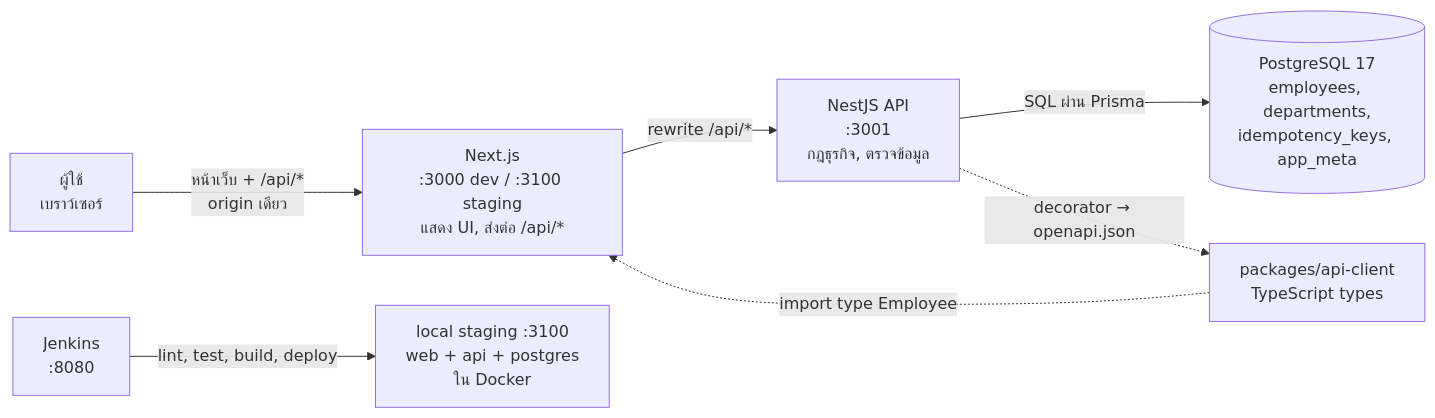
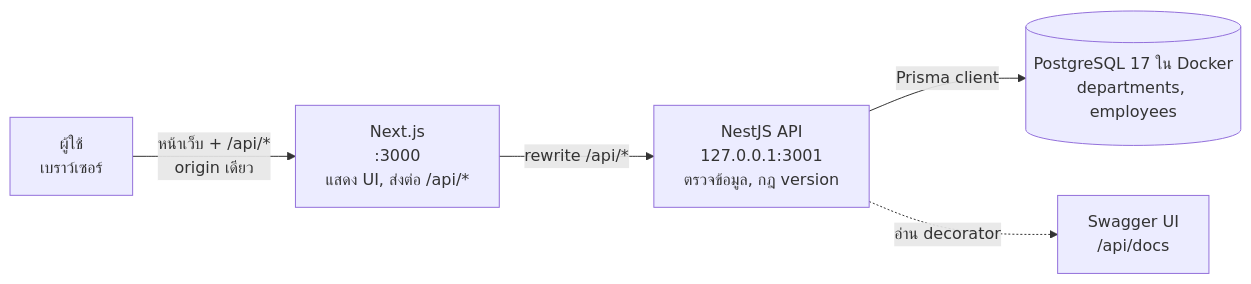
Before and after one commit to sittipong-hemloun/helius-tech-test: the first of 3 diagrams in docs/learn/01-big-picture.md, drawn with Mermaid. The commit also changed other lines of this file and 180 other files, not shown here.

First line of the commit message:
refactor: simplify to plain NestJS + Next.js employee console

````diff
--- a/docs/learn/01-big-picture.md
+++ b/docs/learn/01-big-picture.md
@@ -27,9 +25,7 @@
 ```mermaid
 flowchart LR
-    U["ผู้ใช้<br/>เบราว์เซอร์"] -->|"หน้าเว็บ + /api/*<br/>origin เดียว"| W["Next.js<br/>:3000 dev / :3100 staging<br/>แสดง UI, ส่งต่อ /api/*"]
-    W -->|"rewrite /api/*"| A["NestJS API<br/>:3001<br/>กฎธุรกิจ, ตรวจข้อมูล"]
-    A -->|"SQL ผ่าน Prisma"| D[("PostgreSQL 17<br/>employees, departments,<br/>idempotency_keys, app_meta")]
-    A -. "decorator → openapi.json" .-> C["packages/api-client<br/>TypeScript types"]
-    C -. "import type Employee" .-> W
-    J["Jenkins<br/>:8080"] -->|"lint, test, build, deploy"| S["local staging :3100<br/>web + api + postgres<br/>ใน Docker"]
+    U["ผู้ใช้<br/>เบราว์เซอร์"] -->|"หน้าเว็บ + /api/*<br/>origin เดียว"| W["Next.js<br/>:3000<br/>แสดง UI, ส่งต่อ /api/*"]
+    W -->|"rewrite /api/*"| A["NestJS API<br/>127.0.0.1:3001<br/>ตรวจข้อมูล, กฎ version"]
+    A -->|"Prisma client"| D[("PostgreSQL 17 ใน Docker<br/>departments, employees")]
+    A -. "อ่าน decorator" .-> S["Swagger UI<br/>/api/docs"]
 ```
````
